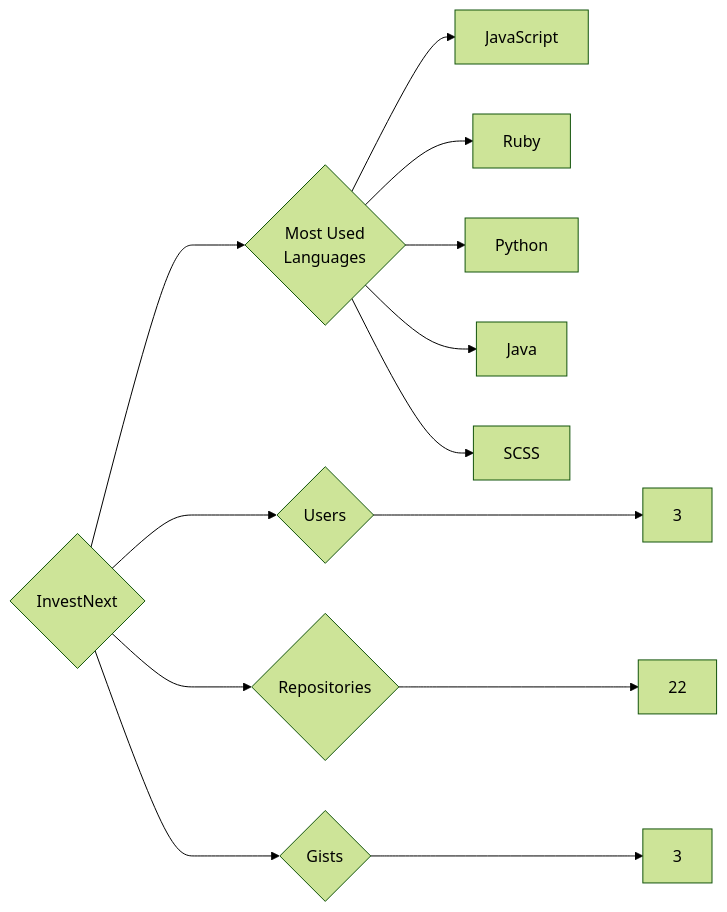
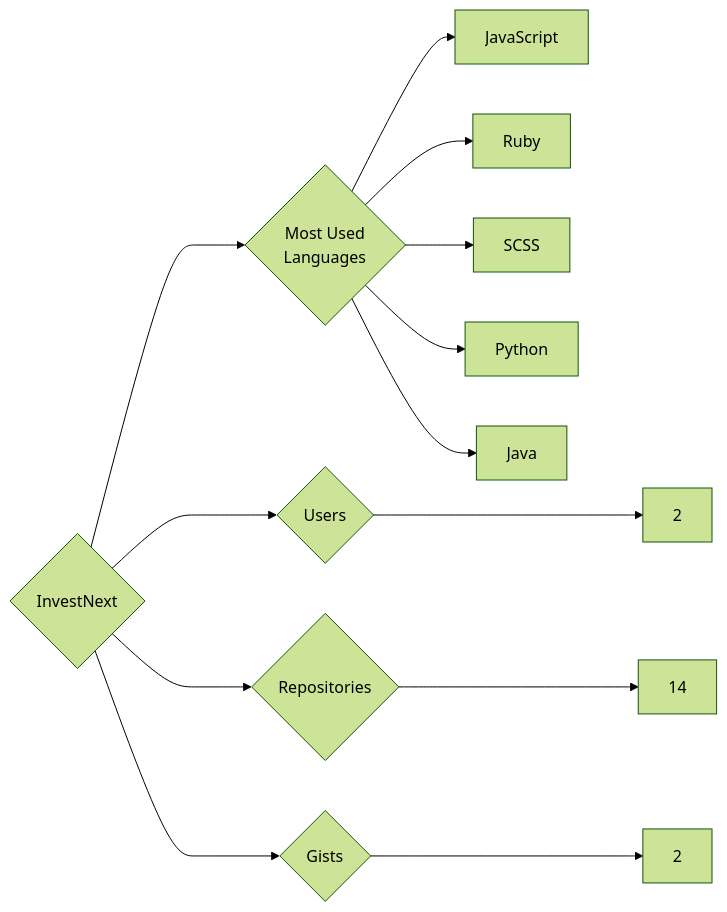
One commit to trickest/insiders changed the diagram in targets/InvestNext/README.md. Above: the diagram before and after it, drawn with Mermaid (forest theme). The commit also changed 859 other files, not shown here.

````diff
--- a/targets/InvestNext/README.md
+++ b/targets/InvestNext/README.md
@@ -3,13 +3,13 @@
 ```mermaid
 graph LR
 COMPANY_NAME{InvestNext}
-COMPANY_NAME ---> U{Users} ---> UN[3]
-COMPANY_NAME ---> R{Repositories} ---> RN[22]
-COMPANY_NAME ---> G{Gists} ---> GN[3]
+COMPANY_NAME ---> U{Users} ---> UN[2]
+COMPANY_NAME ---> R{Repositories} ---> RN[14]
+COMPANY_NAME ---> G{Gists} ---> GN[2]
 COMPANY_NAME ---> ML{Most Used<br>Languages}
 ML --> JavaScript[JavaScript]
 ML --> Ruby[Ruby]
+ML --> SCSS[SCSS]
 ML --> Python[Python]
 ML --> Java[Java]
-ML --> SCSS[SCSS]
 ```
````
